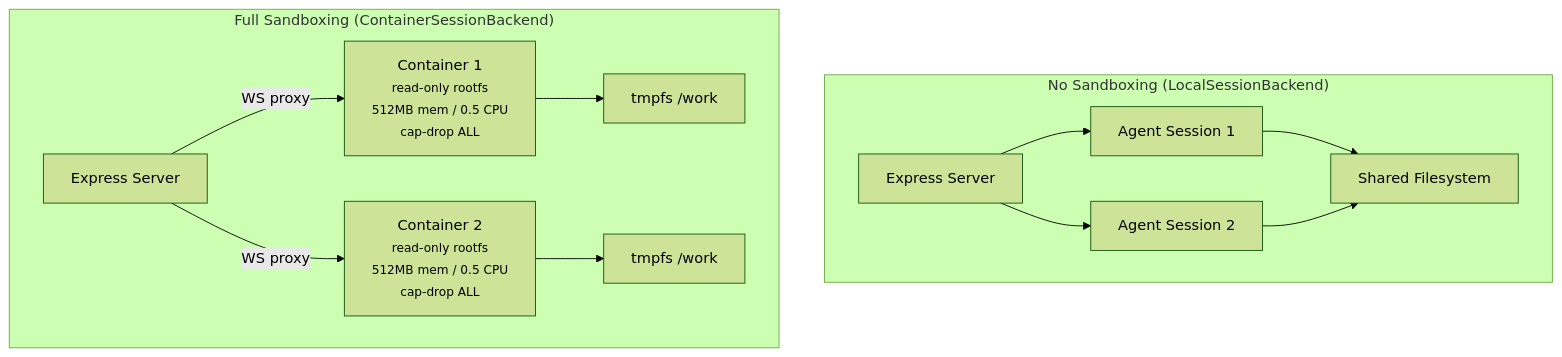
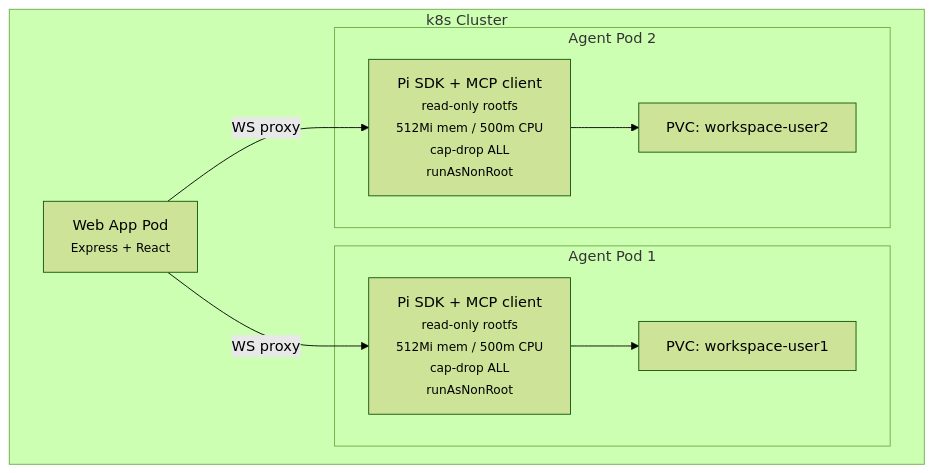
Before and after one commit to sigilmakes/goldilocks-app: the third of 3 diagrams in docs/architecture/security.md, drawn with Mermaid (forest theme). The commit also changed other lines of this file and 11 other files, not shown here.

First line of the commit message:
docs: update all docs for k8s-only architecture

````diff
--- a/docs/architecture/security.md
+++ b/docs/architecture/security.md
@@ -84,24 +86,21 @@
 ```mermaid
 graph TB
-    subgraph "No Sandboxing (LocalSessionBackend)"
-        Express["Express Server"]
-        Agent1["Agent Session 1"]
-        Agent2["Agent Session 2"]
-        FS["Shared Filesystem"]
+    subgraph "k8s Cluster"
+        Express["Web App Pod<br/><small>Express + React</small>"]
 
-        Express --> Agent1 & Agent2
-        Agent1 & Agent2 --> FS
-    end
+        subgraph "Agent Pod 1"
+            A1["Pi SDK + MCP client<br/><small>read-only rootfs<br/>512Mi mem / 500m CPU<br/>cap-drop ALL<br/>runAsNonRoot</small>"]
+            PVC1["PVC: workspace-user1"]
+        end
 
-    subgraph "Full Sandboxing (ContainerSessionBackend)"
-        Express2["Express Server"]
-        C1["Container 1<br/><small>read-only rootfs<br/>512MB mem / 0.5 CPU<br/>cap-drop ALL</small>"]
-        C2["Container 2<br/><small>read-only rootfs<br/>512MB mem / 0.5 CPU<br/>cap-drop ALL</small>"]
-        FS1["tmpfs /work"]
-        FS2["tmpfs /work"]
+        subgraph "Agent Pod 2"
+            A2["Pi SDK + MCP client<br/><small>read-only rootfs<br/>512Mi mem / 500m CPU<br/>cap-drop ALL<br/>runAsNonRoot</small>"]
+            PVC2["PVC: workspace-user2"]
+        end
 
-        Express2 -->|"WS proxy"| C1 & C2
-        C1 --> FS1
-        C2 --> FS2
+        Express -->|"WS proxy"| A1
+        Express -->|"WS proxy"| A2
+        A1 --> PVC1
+        A2 --> PVC2
     end
 ```
````
